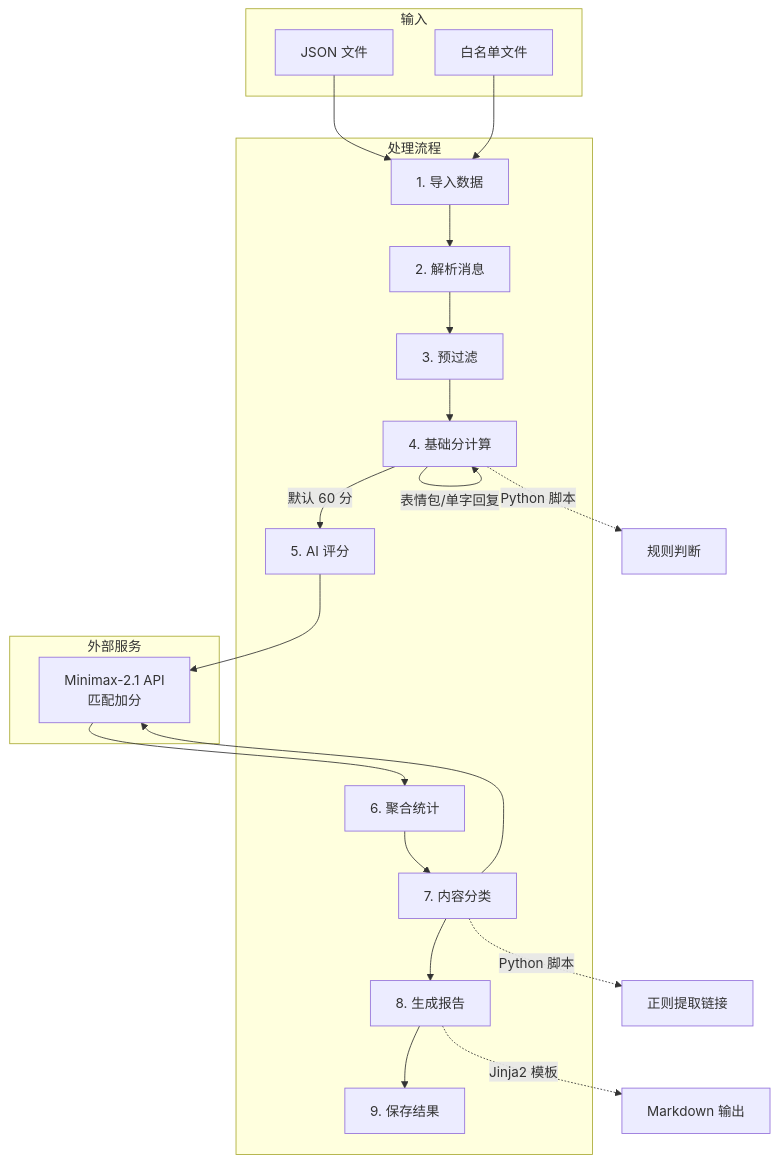
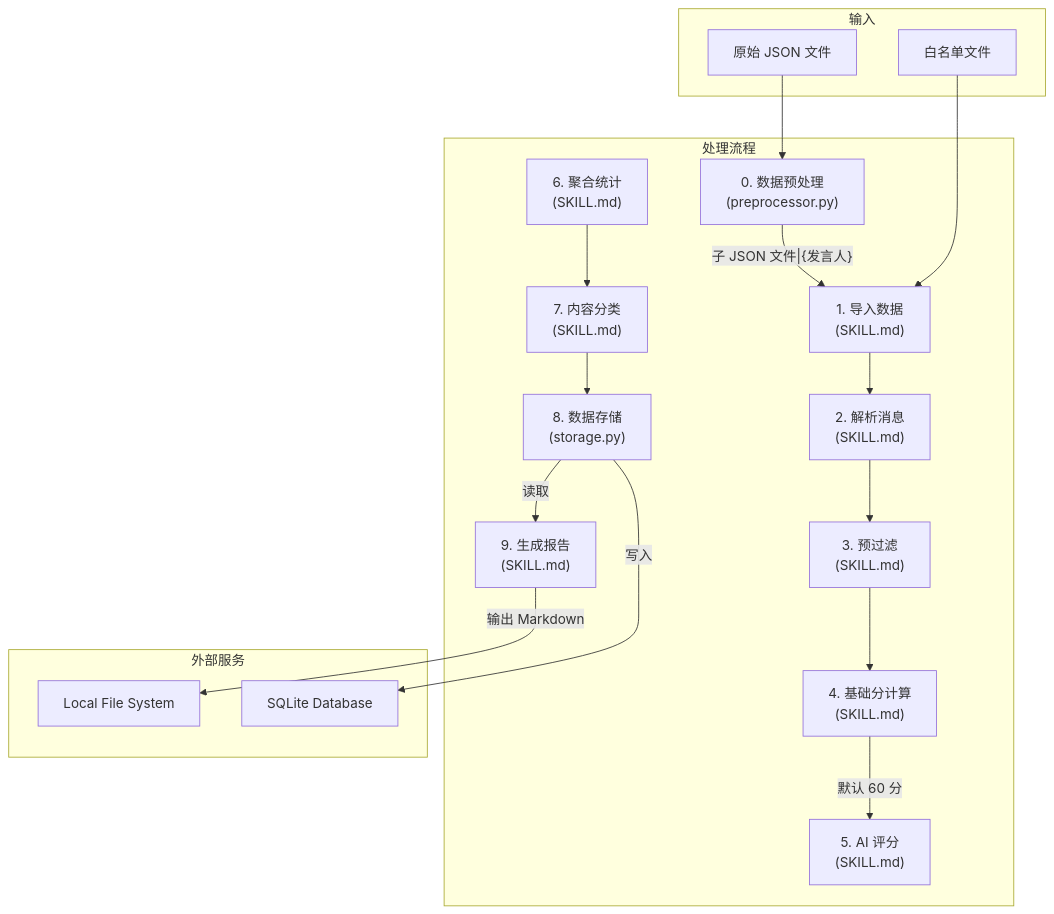
Before and after one commit to LibreAlchemy/WxGroupReport: the third of 3 diagrams in docs/技术/系分/系分文档.md, drawn with Mermaid. The commit also changed other lines of this file, not shown here.

````diff
--- a/docs/技术/系分/系分文档.md
+++ b/docs/技术/系分/系分文档.md
@@ -782,43 +733,42 @@
 ```mermaid
 flowchart TB
     subgraph Input["输入"]
-        F["JSON 文件"]
+        F["原始 JSON 文件"]
         W["白名单文件"]
     end
 
     subgraph Process["处理流程"]
-        A["1. 导入数据"]
-        B["2. 解析消息"]
-        C["3. 预过滤"]
-        D["4. 基础分计算"]
-        E["5. AI 评分"]
-        F1["6. 聚合统计"]
-        G["7. 内容分类"]
-        H["8. 生成报告"]
-        I["9. 保存结果"]
+        P["0. 数据预处理<br/>(preprocessor.py)"]
+        A["1. 导入数据<br/>(SKILL.md)"]
+        B["2. 解析消息<br/>(SKILL.md)"]
+        C["3. 预过滤<br/>(SKILL.md)"]
+        D["4. 基础分计算<br/>(SKILL.md)"]
+        E["5. AI 评分<br/>(SKILL.md)"]
+        F1["6. 聚合统计<br/>(SKILL.md)"]
+        G["7. 内容分类<br/>(SKILL.md)"]
+        H["8. 数据存储<br/>(storage.py)"]
+        I["9. 生成报告<br/>(SKILL.md)"]
     end
 
     subgraph External["外部服务"]
-        E1["Minimax-2.1 API<br/>匹配加分"]
+        FS["Local File System"]
+        DB["SQLite Database"]
     end
 
-    F --> A
+    F --> P
+    P -->|"子 JSON 文件|{发言人}"| A
     W --> A
     A --> B
     B --> C
 
     C --> D
-    D -->|表情包/单字回复| D
+  
     D -->|"默认 60 分"| E
 
-    E --> E1
-    E1 --> F1
+  
     F1 --> G
-    G --> E1
     G --> H
-    H --> I
-
-    D -.->|Python 脚本| P1["规则判断"]
-    G -.->|Python 脚本| P2["正则提取链接"]
-    H -.->|Jinja2 模板| P3["Markdown 输出"]
+    H -->|"写入"| DB
+    H -->|"读取"| I
+    I -->|"输出 Markdown"| FS
 ```
````
